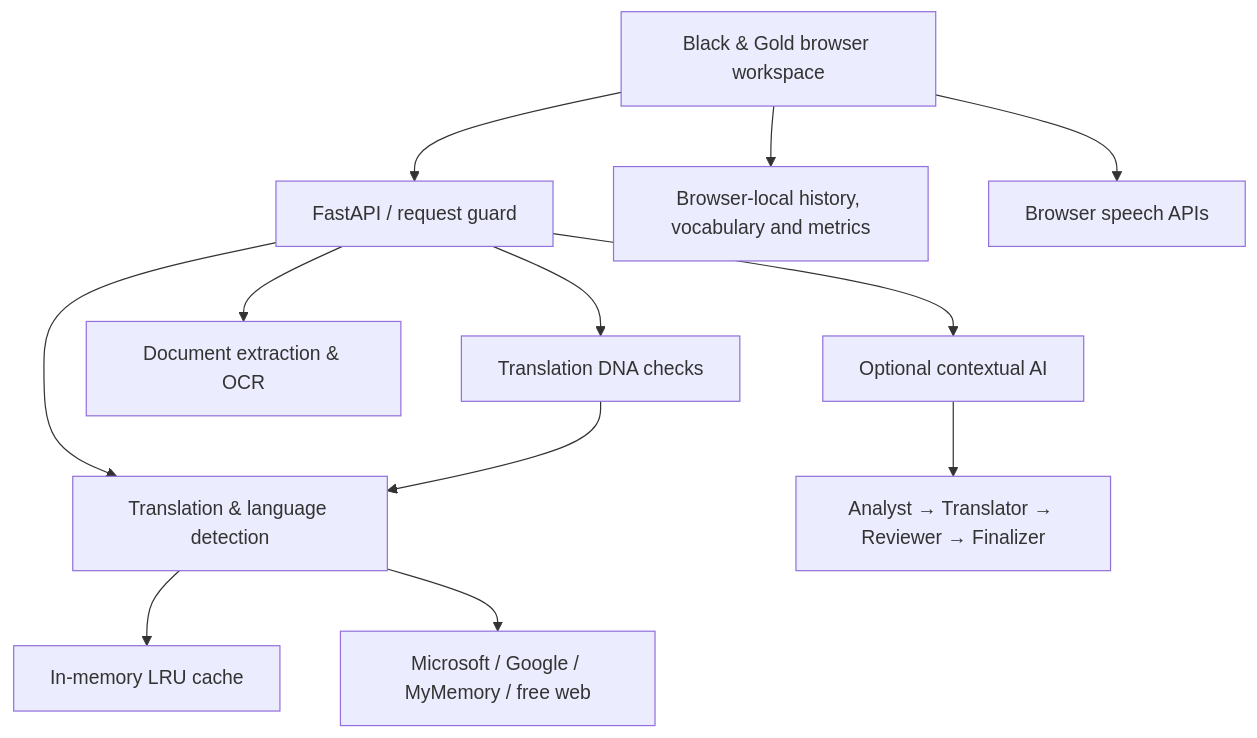
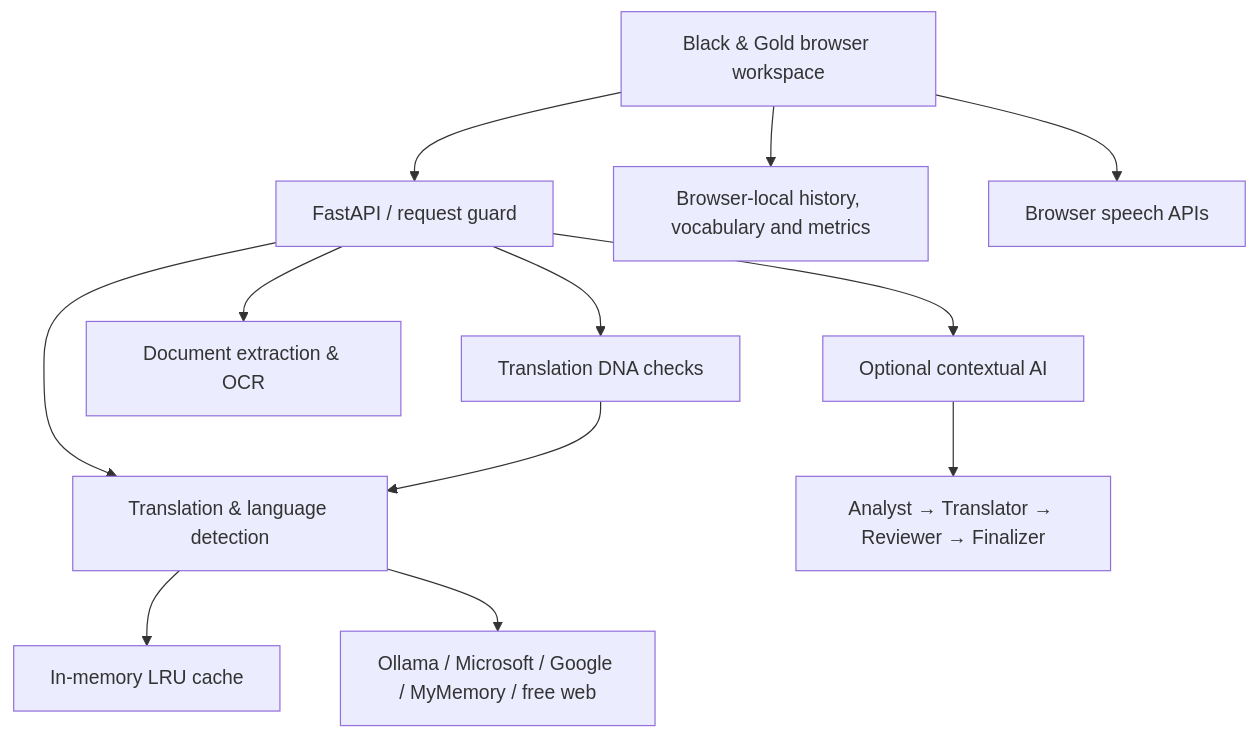
Before and after one commit to yasmeenmh90-beep/CodeAlpha_LanguageTranslationTool: the first of 2 diagrams in README.md, drawn with Mermaid. The commit also changed other lines of this file, not shown here.

````diff
--- a/README.md
+++ b/README.md
@@ -46,14 +85,14 @@
 ```mermaid
 flowchart TD
     U["Black & Gold browser workspace"] --> A["FastAPI / request guard"]
     U --> L["Browser-local history, vocabulary and metrics"]
     A --> T["Translation & language detection"]
     T --> C["In-memory LRU cache"]
-    T --> P["Microsoft / Google / MyMemory / free web"]
+    T --> P["Ollama / Microsoft / Google / MyMemory / free web"]
     A --> AI["Optional contextual AI"]
     AI --> M["Analyst → Translator → Reviewer → Finalizer"]
     A --> D["Document extraction & OCR"]
     A --> Q["Translation DNA checks"]
     Q --> T
     U --> S["Browser speech APIs"]
 ```
````
